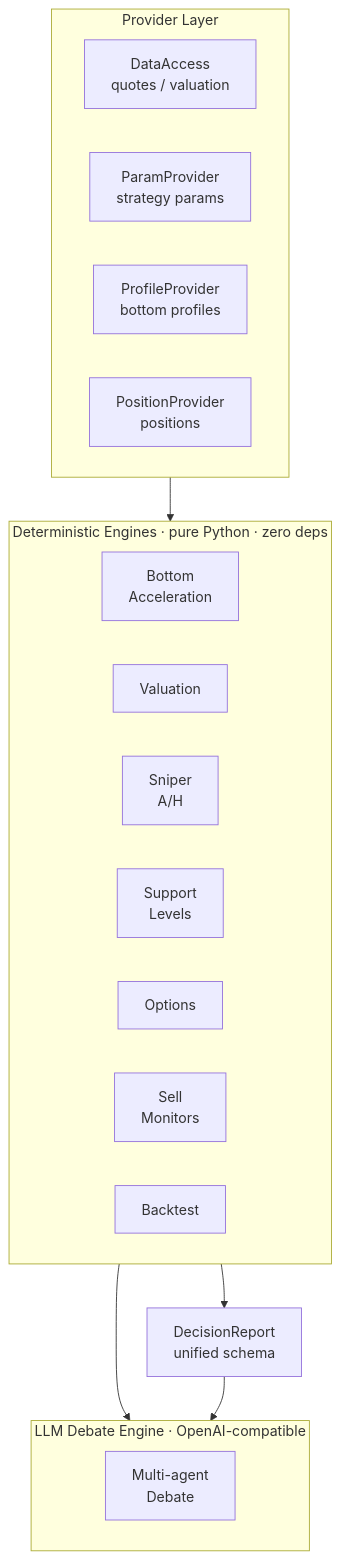
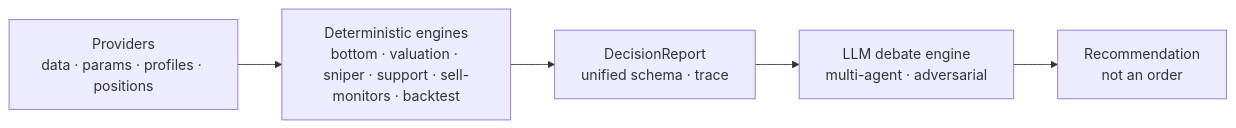
The first of 2 diagrams in README.md (edge2012/GrinderAlpha), drawn with Mermaid before and after one commit. The commit also changed other lines of this file and 1 other file, not shown here.

First line of the commit message:
docs: README 三处重构 — 核心模块改生命周期表 / 架构图压缩为 5 节点 LR / Key 配置以 OpenAI 兼容为主

````diff
--- a/README.md
+++ b/README.md
@@ -26,31 +28,7 @@
 ```mermaid
-flowchart TB
-    subgraph P["Provider Layer"]
-        direction LR
-        DA[DataAccess<br/>quotes / valuation]
-        PP[ParamProvider<br/>strategy params]
-        PR[ProfileProvider<br/>bottom profiles]
-        PO[PositionProvider<br/>positions]
-    end
-
-    subgraph E["Deterministic Engines · pure Python · zero deps"]
-        direction LR
-        BA[Bottom<br/>Acceleration]
-        VE[Valuation]
-        SN[Sniper<br/>A/H]
-        SL[Support<br/>Levels]
-        OP[Options]
-        SM[Sell<br/>Monitors]
-        BT[Backtest]
-    end
-
-    DR[DecisionReport<br/>unified schema]
-
-    subgraph D["LLM Debate Engine · OpenAI-compatible"]
-        DE[Multi-agent<br/>Debate]
-    end
-
-    P --> E --> DR
-    E --> D
-    DR --> D
+flowchart LR
+    P["Providers<br/>data · params · profiles · positions"] --> E["Deterministic engines<br/>bottom · valuation · sniper · support · sell-monitors · backtest"]
+    E --> R["DecisionReport<br/>unified schema · trace"]
+    R --> D["LLM debate engine<br/>multi-agent · adversarial"]
+    D --> O["Recommendation<br/>not an order"]
 ```
````
